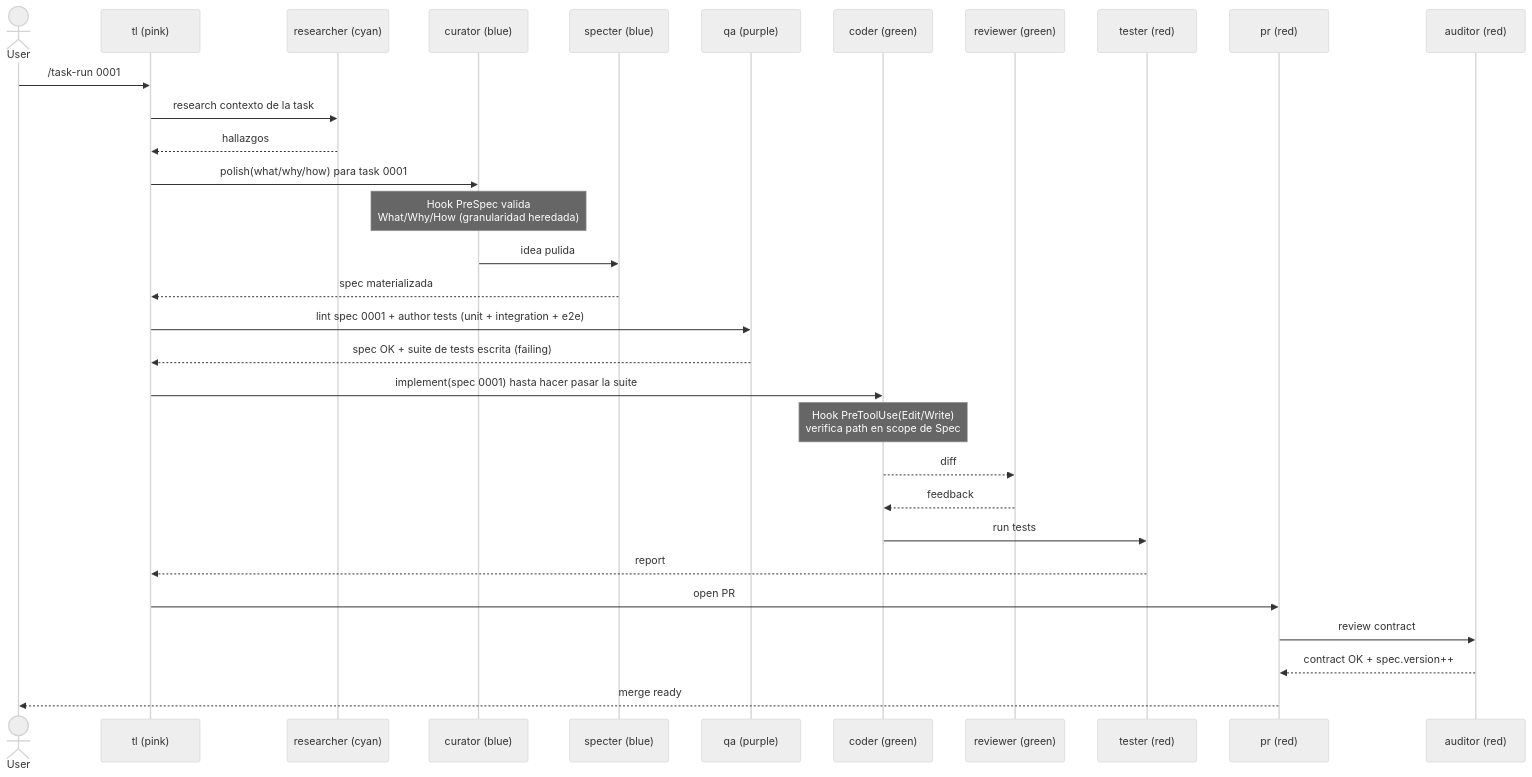
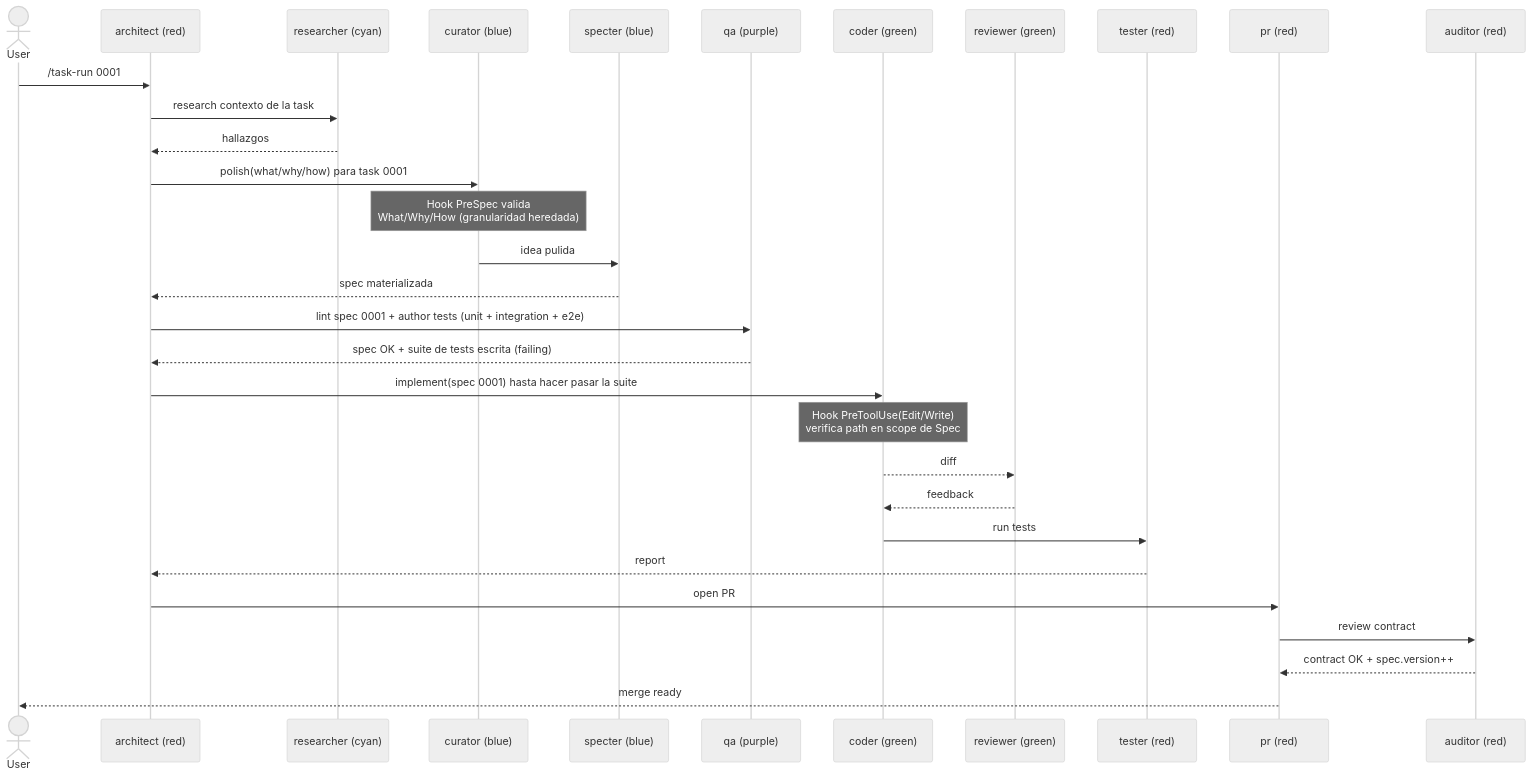
Before and after one commit to Christian-Rojas-Rodriguez/open-factory-spec: the second of 4 diagrams in .claude/specs/diagrams/sequences.md, drawn with Mermaid (neutral theme). The commit also changed other lines of this file and 81 other files, not shown here.

````diff
--- a/.claude/specs/diagrams/sequences.md
+++ b/.claude/specs/diagrams/sequences.md
@@ -85,33 +85,33 @@
 ```mermaid
 sequenceDiagram
     actor User
-    participant TL as tl (pink)
+    participant AR as architect (red)
     participant R as researcher (cyan)
     participant Cu as curator (blue)
     participant Sp as specter (blue)
     participant QA as qa (purple)
     participant Co as coder (green)
     participant Rv as reviewer (green)
     participant Te as tester (red)
     participant PR as pr (red)
     participant Au as auditor (red)
-    User->>TL: /task-run 0001
-    TL->>R: research contexto de la task
-    R-->>TL: hallazgos
-    TL->>Cu: polish(what/why/how) para task 0001
+    User->>AR: /task-run 0001
+    AR->>R: research contexto de la task
+    R-->>AR: hallazgos
+    AR->>Cu: polish(what/why/how) para task 0001
     Note over Cu: Hook PreSpec valida<br/>What/Why/How (granularidad heredada)
     Cu->>Sp: idea pulida
-    Sp-->>TL: spec materializada
-    TL->>QA: lint spec 0001 + author tests (unit + integration + e2e)
-    QA-->>TL: spec OK + suite de tests escrita (failing)
-    TL->>Co: implement(spec 0001) hasta hacer pasar la suite
+    Sp-->>AR: spec materializada
+    AR->>QA: lint spec 0001 + author tests (unit + integration + e2e)
+    QA-->>AR: spec OK + suite de tests escrita (failing)
+    AR->>Co: implement(spec 0001) hasta hacer pasar la suite
     Note over Co: Hook PreToolUse(Edit/Write)<br/>verifica path en scope de Spec
     Co-->>Rv: diff
     Rv-->>Co: feedback
     Co->>Te: run tests
-    Te-->>TL: report
-    TL->>PR: open PR
+    Te-->>AR: report
+    AR->>PR: open PR
     PR->>Au: review contract
     Au-->>PR: contract OK + spec.version++
     PR-->>User: merge ready
 ```
````
